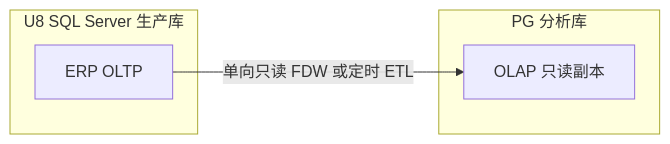
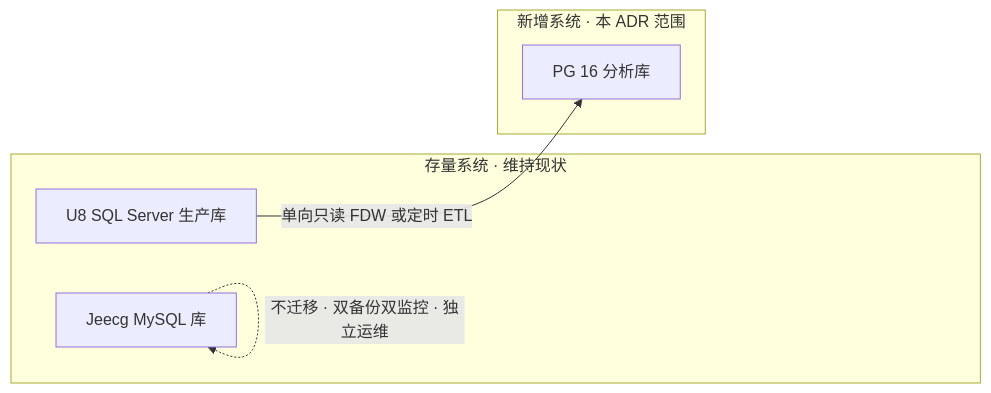
One commit to halo-god/hermes-infi-webui changed the diagram in docs/方案设计.md. Above: the diagram before and after it, drawn with Mermaid. The commit also changed other lines of this file, not shown here.

Commit message:
docs(ADR): §3.1.5 待拍板四项标注依赖顺序+推荐默认, mermaid 补 Jeecg 双库链路, §3.1.6 回退触发补 U8 成本失控/中文检索不可用

````diff
--- a/docs/方案设计.md
+++ b/docs/方案设计.md
@@ -284,10 +284,12 @@
 ```mermaid
 flowchart LR
-    subgraph 生产侧[U8 SQL Server 生产库]
-        ERP[ERP OLTP]
+    subgraph 存量侧[存量系统 · 维持现状]
+        U8[U8 SQL Server 生产库]
+        JEEG[Jeecg MySQL 库]
     end
-    subgraph 分析侧[PG 分析库]
-        ANALYST[OLAP 只读副本]
+    subgraph 新增侧[新增系统 · 本 ADR 范围]
+        PG[PG 16 分析库]
     end
-    ERP -->|单向只读 FDW 或定时 ETL| ANALYST
+    U8 -->|单向只读 FDW 或定时 ETL| PG
+    JEEG -. 不迁移 · 双备份双监控 · 独立运维 .-> JEEG
 ```
````
